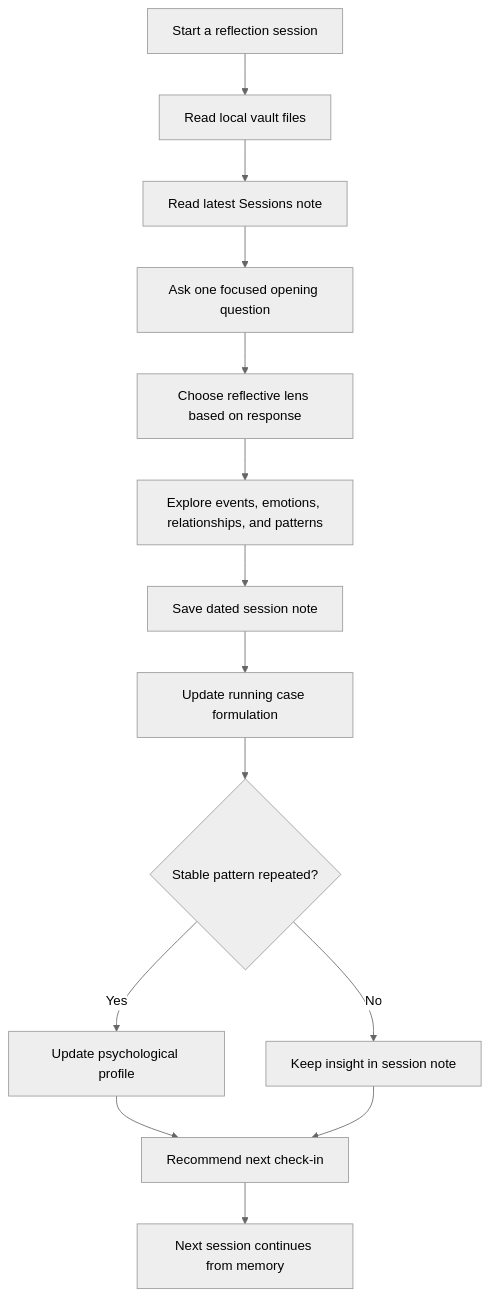
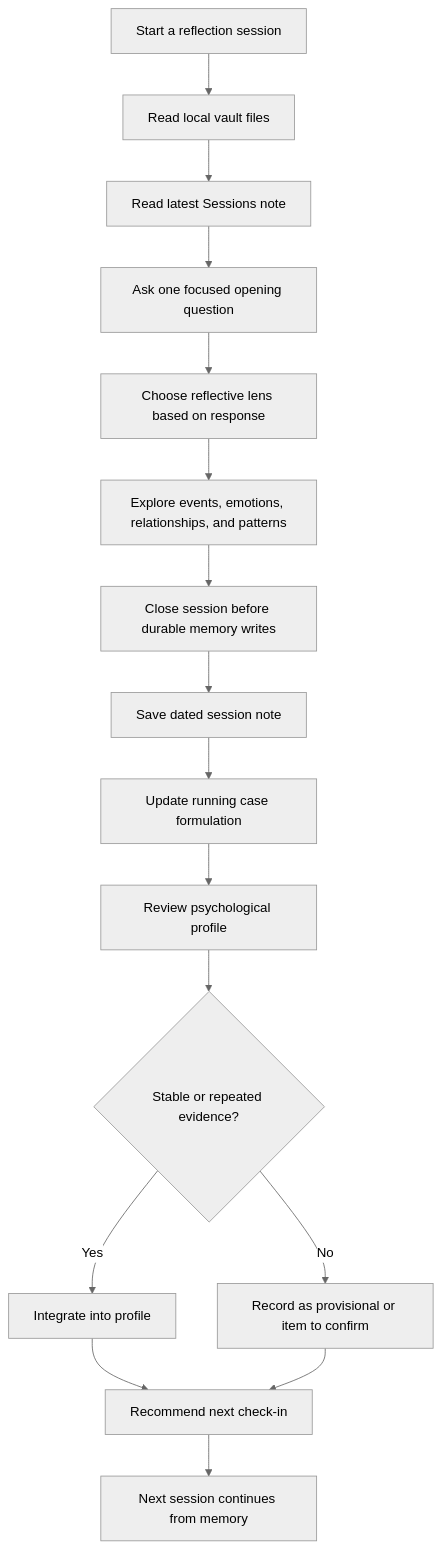
The first of 3 diagrams in README.md (126mingxuan/psychology-reflection-vault), drawn with Mermaid (neutral theme) before and after one commit. The commit also changed other lines of this file and 11 other files, not shown here.

Commit message:
Refine session memory and strategy workflow

````diff
--- a/README.md
+++ b/README.md
@@ -137,16 +154,18 @@
 ```mermaid
 flowchart TD
     A["Start a reflection session"] --> B["Read local vault files"]
     B --> C["Read latest Sessions note"]
     C --> D["Ask one focused opening question"]
     D --> E["Choose reflective lens based on response"]
     E --> F["Explore events, emotions, relationships, and patterns"]
-    F --> G["Save dated session note"]
-    G --> H["Update running case formulation"]
-    H --> I{"Stable pattern repeated?"}
-    I -- Yes --> J["Update psychological profile"]
-    I -- No --> K["Keep insight in session note"]
-    J --> L["Recommend next check-in"]
-    K --> L
-    L --> M["Next session continues from memory"]
+    F --> G["Close session before durable memory writes"]
+    G --> H["Save dated session note"]
+    H --> I["Update running case formulation"]
+    I --> J["Review psychological profile"]
+    J --> K{"Stable or repeated evidence?"}
+    K -- Yes --> L["Integrate into profile"]
+    K -- No --> M["Record as provisional or item to confirm"]
+    L --> N["Recommend next check-in"]
+    M --> N
+    N --> O["Next session continues from memory"]
 ```
````
